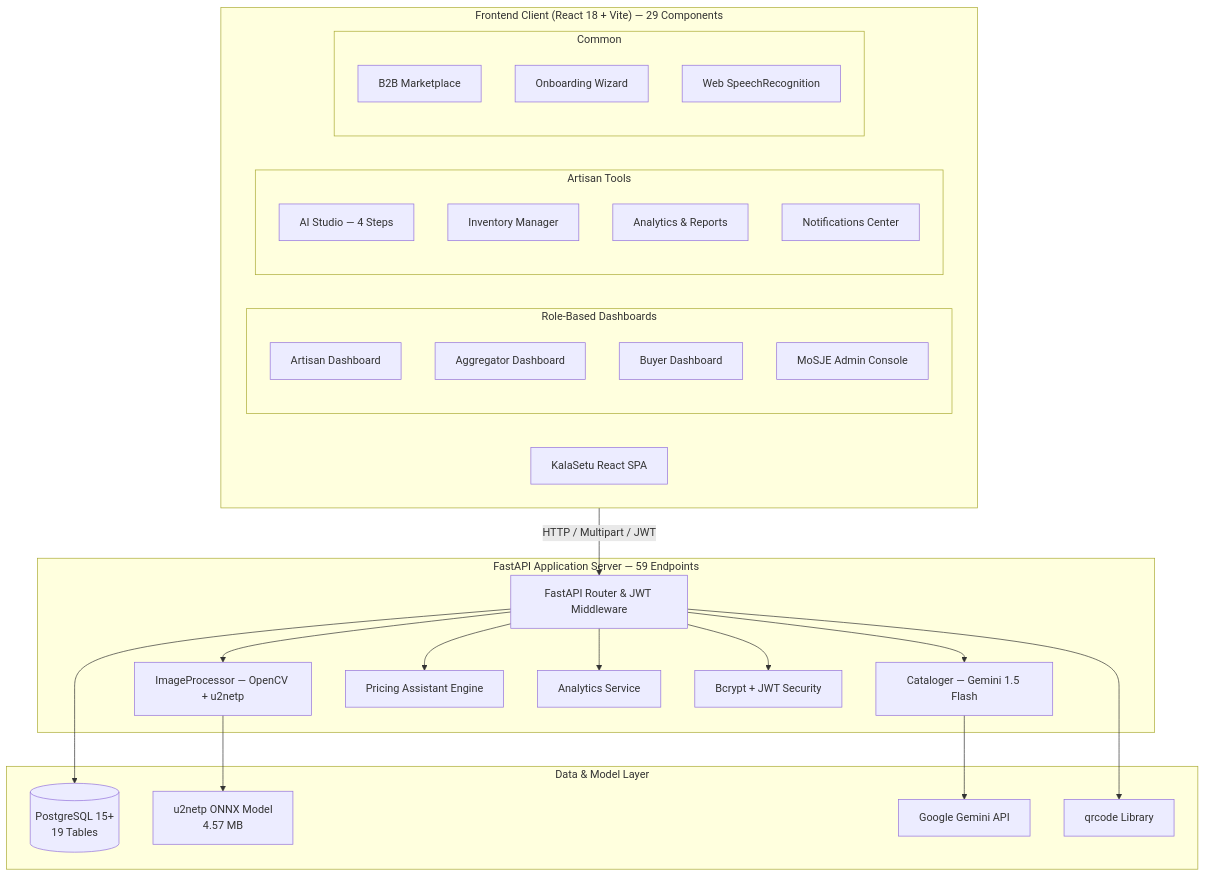
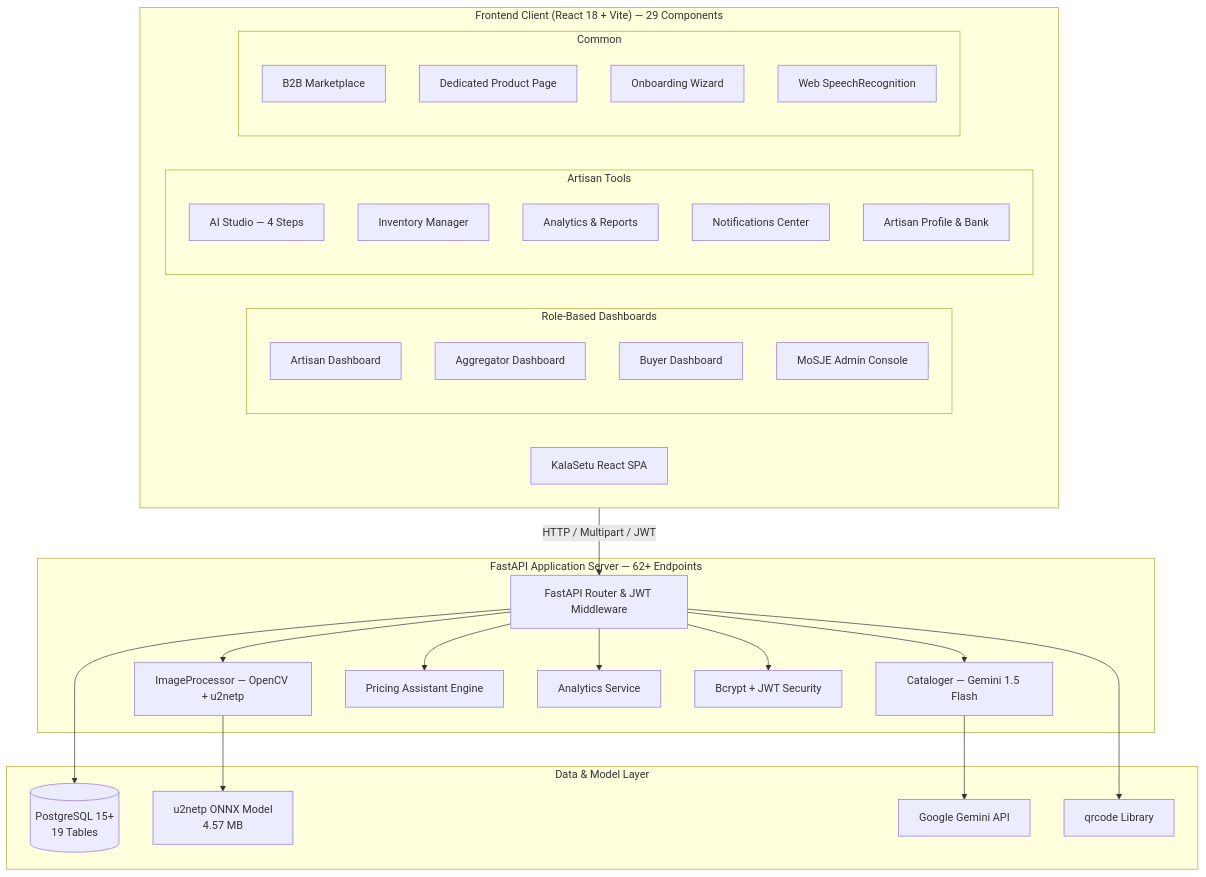
One commit to SIH090-Kala-Setu/Kala-Setu changed the second of 3 diagrams in README.md. Above: the diagram before and after it, drawn with Mermaid. The commit also changed other lines of this file, not shown here.

Commit message:
docs: Update comprehensive README with full role suites, 62+ endpoints, and architecture

````diff
--- a/README.md
+++ b/README.md
@@ -327,48 +367,50 @@
 ```mermaid
 flowchart TB
     subgraph Client["Frontend Client (React 18 + Vite) — 29 Components"]
         UI[KalaSetu React SPA]
         subgraph Dashboards["Role-Based Dashboards"]
             ArtisanD[Artisan Dashboard]
             AggregatorD[Aggregator Dashboard]
             BuyerD[Buyer Dashboard]
             AdminD[MoSJE Admin Console]
         end
         subgraph ArtisanTools["Artisan Tools"]
             Studio[AI Studio — 4 Steps]
             Inventory[Inventory Manager]
             Analytics[Analytics & Reports]
             Notifs[Notifications Center]
+            Profile[Artisan Profile & Bank]
         end
         subgraph Common["Common"]
             Market[B2B Marketplace]
+            ProductView[Dedicated Product Page]
             Onboard[Onboarding Wizard]
             STT[Web SpeechRecognition]
         end
     end
 
-    subgraph Backend["FastAPI Application Server — 59 Endpoints"]
+    subgraph Backend["FastAPI Application Server — 62+ Endpoints"]
         API[FastAPI Router & JWT Middleware]
         ImgSvc[ImageProcessor — OpenCV + u2netp]
         CatSvc[Cataloger — Gemini 1.5 Flash]
         PriceSvc[Pricing Assistant Engine]
         AnalyticsSvc[Analytics Service]
         AuthSvc[Bcrypt + JWT Security]
     end
 
     subgraph Storage["Data & Model Layer"]
         PG[(PostgreSQL 15+\n19 Tables)]
         ONNX[u2netp ONNX Model\n4.57 MB]
         GeminiCloud[Google Gemini API]
         QRLib[qrcode Library]
     end
 
     Client -->|HTTP / Multipart / JWT| API
     API --> ImgSvc --> ONNX
     API --> CatSvc --> GeminiCloud
     API --> PriceSvc
     API --> AnalyticsSvc
     API --> AuthSvc
     API --> PG
     API --> QRLib
 ```
````
